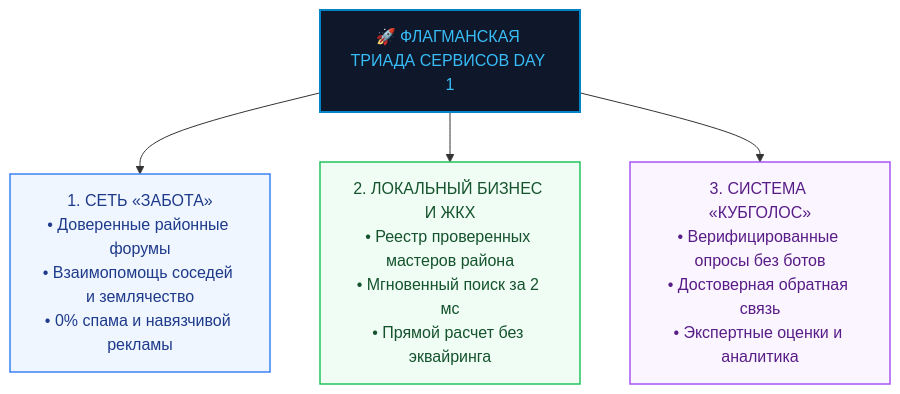
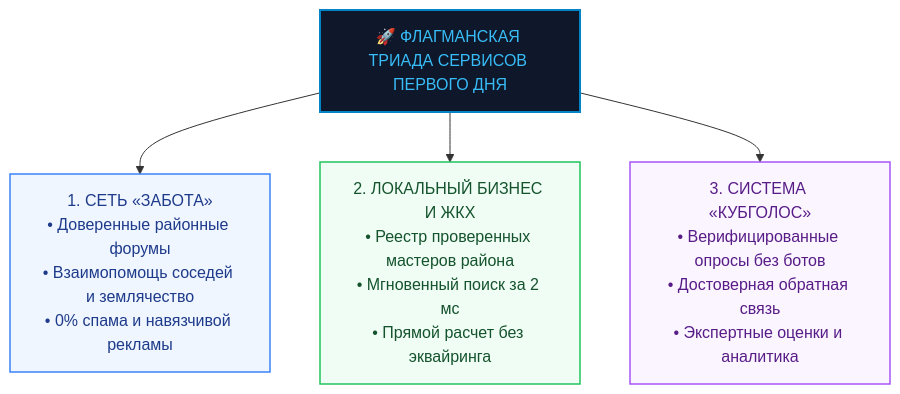
One commit to Data-Independence-Network/presentations changed the third of 7 diagrams in overall_presentations/02_stakeholders_benefits_presentation/docs/turbase_stakeholders_value_matrix.md. Above: the diagram before and after it, drawn with Mermaid. The commit also changed other lines of this file and 88 other files, not shown here.

````diff
--- a/overall_presentations/02_stakeholders_benefits_presentation/docs/turbase_stakeholders_value_matrix.md
+++ b/overall_presentations/02_stakeholders_benefits_presentation/docs/turbase_stakeholders_value_matrix.md
@@ -274,16 +274,16 @@
 ```mermaid
 graph TD
     classDef title fill:#0f172a,stroke:#0284c7,stroke-width:2px,color:#38bdf8;
     classDef card1 fill:#eff6ff,stroke:#3b82f6,stroke-width:1.5px,color:#1e3a8a;
     classDef card2 fill:#f0fdf4,stroke:#22c55e,stroke-width:1.5px,color:#14532d;
     classDef card3 fill:#faf5ff,stroke:#a855f7,stroke-width:1.5px,color:#581c87;
 
-    Root["🚀 ФЛАГМАНСКАЯ ТРИАДА СЕРВИСОВ DAY 1"]:::title
+    Root["🚀 ФЛАГМАНСКАЯ ТРИАДА СЕРВИСОВ ПЕРВОГО ДНЯ"]:::title
     C1["1. СЕТЬ «ЗАБОТА»<br/>• Доверенные районные форумы<br/>• Взаимопомощь соседей и землячество<br/>• 0% спама и навязчивой рекламы"]:::card1
     C2["2. ЛОКАЛЬНЫЙ БИЗНЕС И ЖКХ<br/>• Реестр проверенных мастеров района<br/>• Мгновенный поиск за 2 мс<br/>• Прямой расчет без эквайринга"]:::card2
     C3["3. СИСТЕМА «КУБГОЛОС»<br/>• Верифицированные опросы без ботов<br/>• Достоверная обратная связь<br/>• Экспертные оценки и аналитика"]:::card3
 
     Root --> C1
     Root --> C2
     Root --> C3
 ```
````
